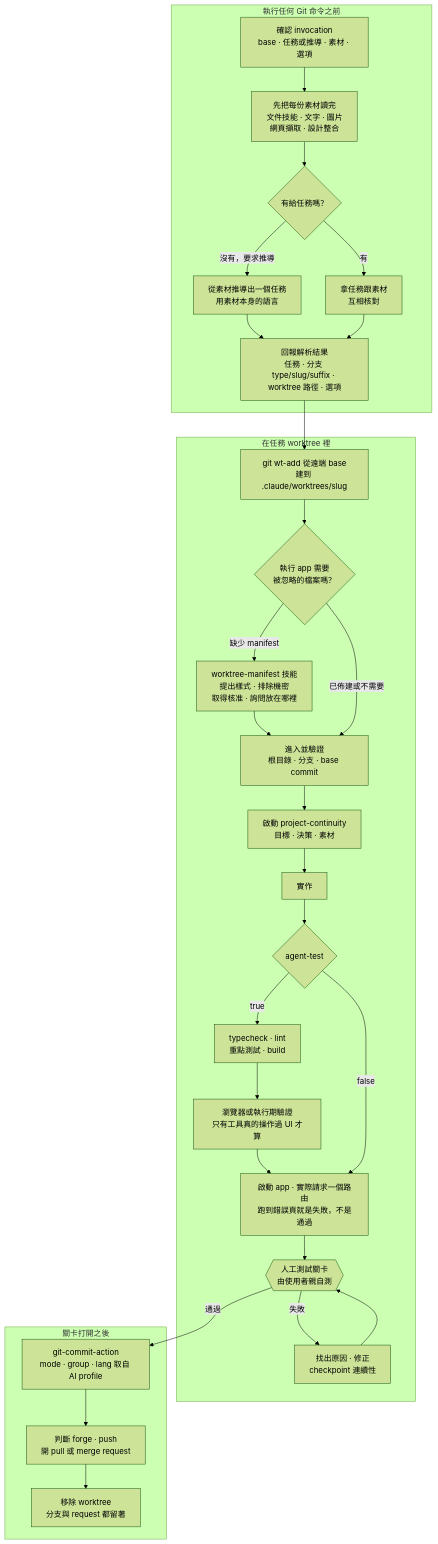
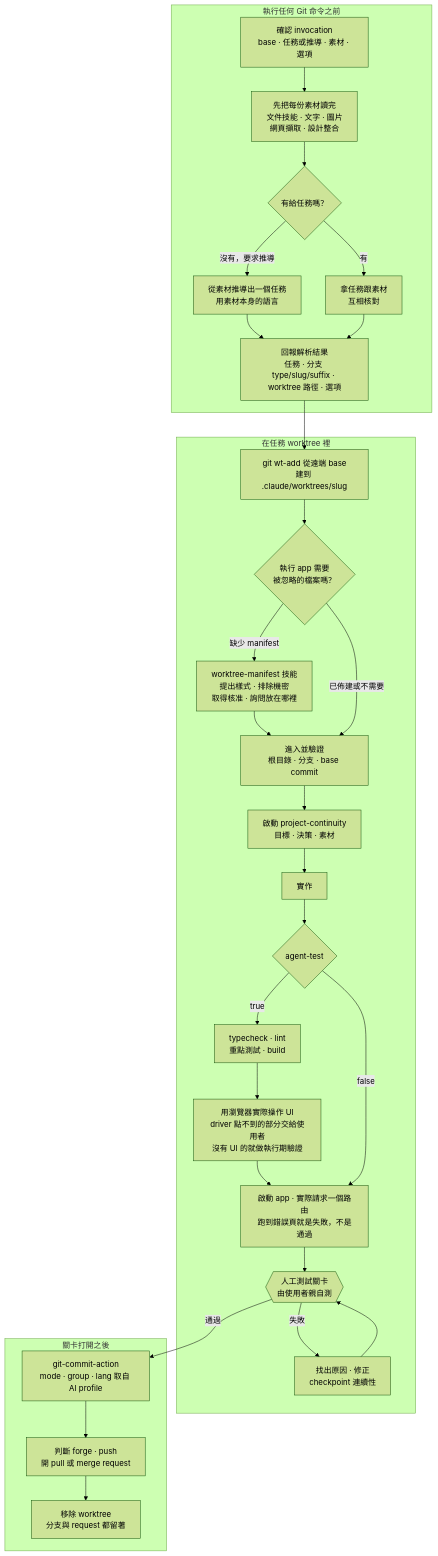
The second of 3 diagrams in README.zh-TW.md (sherrilla71940/dotfiles), drawn with Mermaid (forest theme) before and after one commit. The commit also changed other lines of this file and 1 other file, not shown here.

````diff
--- a/README.zh-TW.md
+++ b/README.zh-TW.md
@@ -236,52 +236,52 @@
 ```mermaid
 flowchart TD
     subgraph resolve["執行任何 Git 命令之前"]
         A["確認 invocation<br/>base · 任務或推導 · 素材 · 選項"]
         B["先把每份素材讀完<br/>文件技能 · 文字 · 圖片<br/>網頁擷取 · 設計整合"]
         C{"有給任務嗎？"}
         D["從素材推導出一個任務<br/>用素材本身的語言"]
         E["拿任務跟素材<br/>互相核對"]
         F["回報解析結果<br/>任務 · 分支 type/slug/suffix · worktree 路徑 · 選項"]
         A --> B --> C
         C -->|"沒有，要求推導"| D
         C -->|"有"| E
         D --> F
         E --> F
     end
 
     subgraph isolate["在任務 worktree 裡"]
         G["git wt-add 從遠端 base<br/>建到 .claude/worktrees/slug"]
         H{"執行 app 需要<br/>被忽略的檔案嗎？"}
         I["worktree-manifest 技能<br/>提出樣式 · 排除機密<br/>取得核准 · 詢問放在哪裡"]
         J["進入並驗證<br/>根目錄 · 分支 · base commit"]
         K["啟動 project-continuity<br/>目標 · 決策 · 素材"]
         L["實作"]
         M{"agent-test"}
         N["typecheck · lint<br/>重點測試 · build"]
-        N2["瀏覽器或執行期驗證<br/>只有工具真的操作過 UI 才算"]
+        N2["用瀏覽器實際操作 UI<br/>driver 點不到的部分交給使用者<br/>沒有 UI 的就做執行期驗證"]
         N3["啟動 app · 實際請求一個路由<br/>跑到錯誤頁就是失敗，不是通過"]
         O{{"人工測試關卡<br/>由使用者親自測"}}
         P["找出原因 · 修正<br/>checkpoint 連續性"]
         G --> H
         H -->|"缺少 manifest"| I
         I --> J
         H -->|"已佈建或不需要"| J
         J --> K --> L --> M
         M -->|"true"| N
         N --> N2 --> N3
         M -->|"false"| N3
         N3 --> O
         O -->|"失敗"| P
         P --> O
     end
 
     subgraph publish["關卡打開之後"]
         Q["git-commit-action<br/>mode · group · lang 取自 AI profile"]
         R["判斷 forge · push<br/>開 pull 或 merge request"]
         S["移除 worktree<br/>分支與 request 都留著"]
         Q --> R --> S
     end
 
     F --> G
     O -->|"通過"| Q
 ```
````
